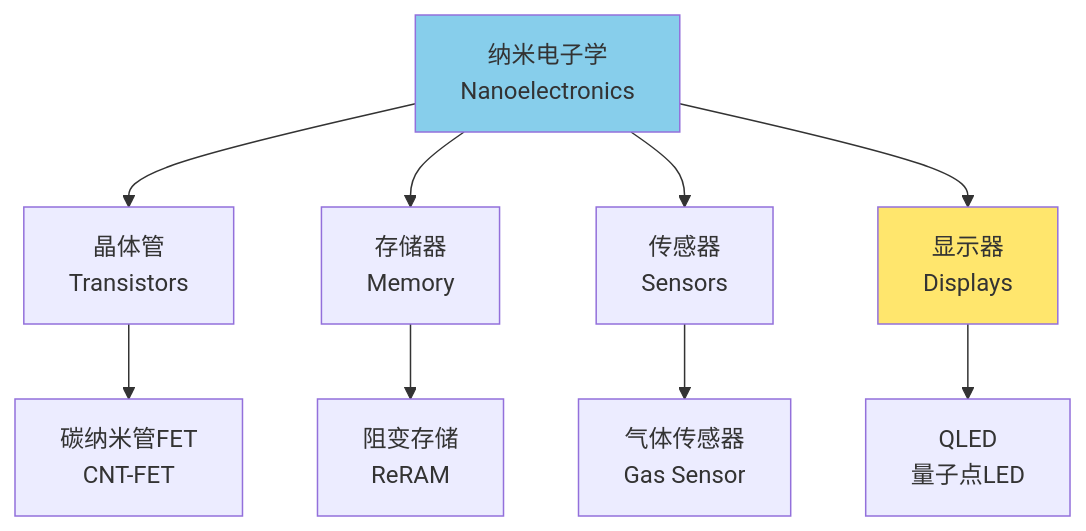
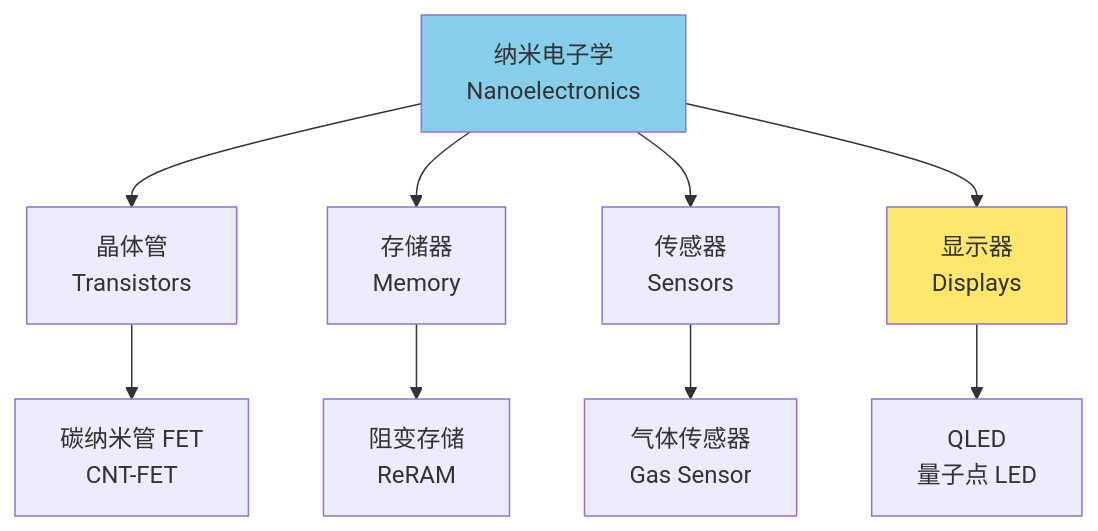
The second of 2 diagrams in 04_EngineeringAndTechnology/MechanicsAndMaterials/MaterialsScience/Nanomaterials.md (Tianshang301/TianshangKnowledgeBase), drawn with Mermaid before and after one commit. The commit also changed other lines of this file and 2257 other files, not shown here.

````diff
--- a/04_EngineeringAndTechnology/MechanicsAndMaterials/MaterialsScience/Nanomaterials.md
+++ b/04_EngineeringAndTechnology/MechanicsAndMaterials/MaterialsScience/Nanomaterials.md
@@ -242,15 +244,15 @@
 ```mermaid
 graph TD
     A[纳米电子学<br/>Nanoelectronics] --> B[晶体管<br/>Transistors]
     A --> C[存储器<br/>Memory]
     A --> D[传感器<br/>Sensors]
     A --> E[显示器<br/>Displays]
     
-    B --> B1[碳纳米管FET<br/>CNT-FET]
+    B --> B1[碳纳米管 FET<br/>CNT-FET]
     C --> C1[阻变存储<br/>ReRAM]
     D --> D1[气体传感器<br/>Gas Sensor]
-    E --> E1[QLED<br/>量子点LED]
+    E --> E1[QLED<br/>量子点 LED]
     
     style A fill:#87CEEB
     style E fill:#FFE66D
 ```
````
